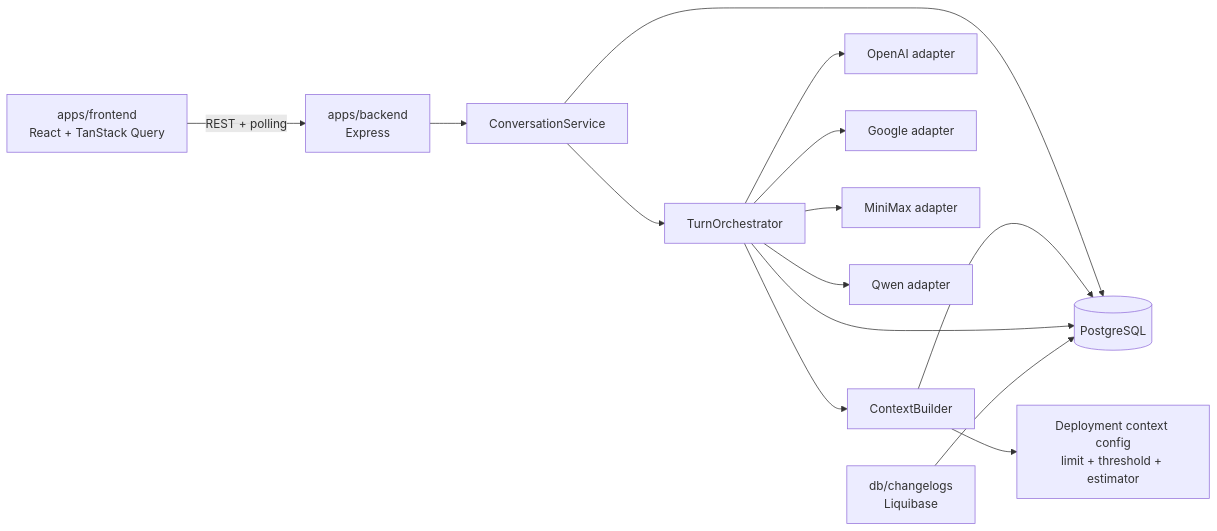
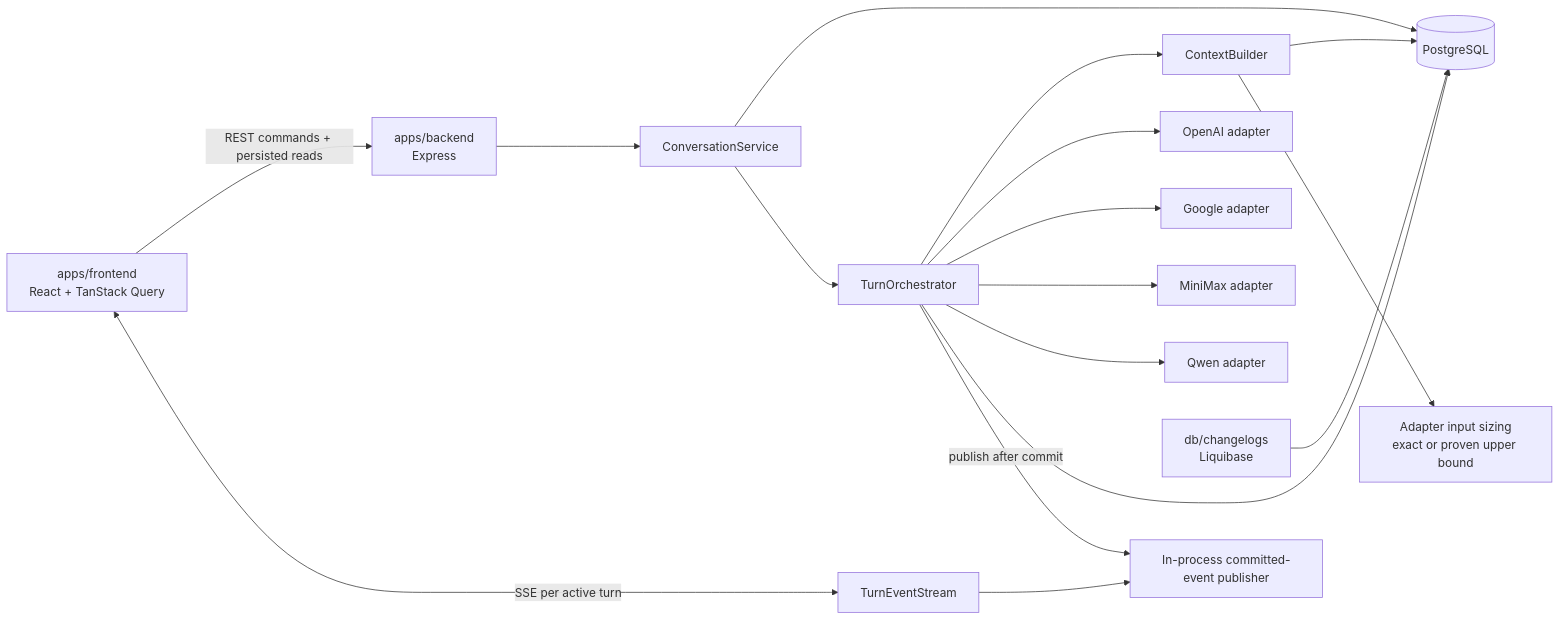
Before and after one commit to junforever/modelfuse: the diagram in specs/001-compare-llm-responses/plan.md, drawn with Mermaid. The commit also changed other lines of this file and 5 other files, not shown here.

````diff
--- a/specs/001-compare-llm-responses/plan.md
+++ b/specs/001-compare-llm-responses/plan.md
@@ -96,16 +83,19 @@
 ```mermaid
 flowchart LR
-    UI["apps/frontend<br/>React + TanStack Query"] -->|REST + polling| API["apps/backend<br/>Express"]
+    UI["apps/frontend<br/>React + TanStack Query"] -->|"REST commands + persisted reads"| API["apps/backend<br/>Express"]
     API --> CS["ConversationService"]
+    UI <-->|"SSE per active turn"| SSE["TurnEventStream"]
+    SSE --> HUB["In-process committed-event publisher"]
     CS --> DB[("PostgreSQL")]
     CS --> ORCH["TurnOrchestrator"]
     ORCH --> CTX["ContextBuilder"]
     CTX --> DB
-    CTX --> CAP["Deployment context config<br/>limit + threshold + estimator"]
+    CTX --> CAP["Adapter input sizing<br/>exact or proven upper bound"]
     ORCH --> OA["OpenAI adapter"]
     ORCH --> GG["Google adapter"]
     ORCH --> MM["MiniMax adapter"]
     ORCH --> QW["Qwen adapter"]
     ORCH --> DB
+    ORCH -->|"publish after commit"| HUB
     LIQ["db/changelogs<br/>Liquibase"] --> DB
 ```
````
